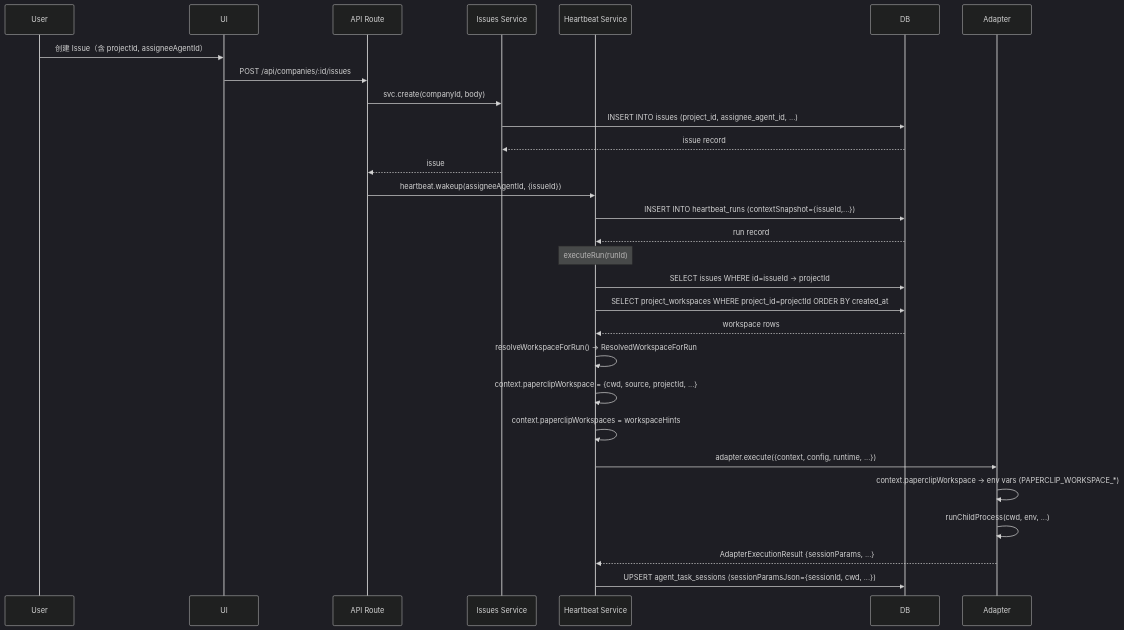
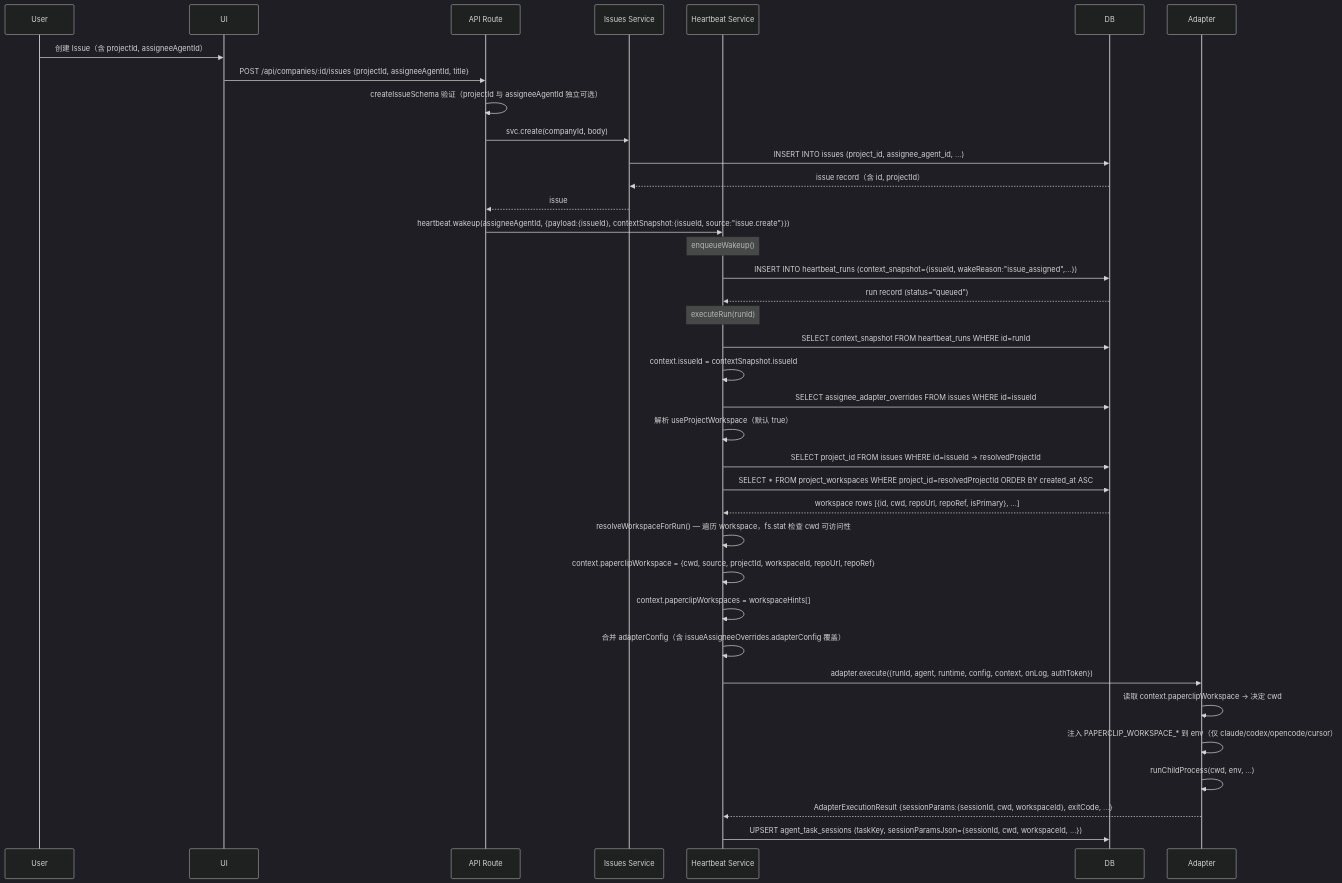
Before and after one commit to glide-the/paperclip: the first of 4 diagrams in doc/ASSIGNEE-PROJECT-ENV.md, drawn with Mermaid (dark theme). The commit also changed other lines of this file, not shown here.

Commit message:
doc: restructure ASSIGNEE-PROJECT-ENV.md to match required output format

````diff
--- a/doc/ASSIGNEE-PROJECT-ENV.md
+++ b/doc/ASSIGNEE-PROJECT-ENV.md
@@ -274,34 +180,44 @@
 ```mermaid
 sequenceDiagram
     participant User
     participant UI
     participant APIRoute as API Route
     participant IssueSvc as Issues Service
     participant HbSvc as Heartbeat Service
     participant DB
     participant Adapter
 
     User->>UI: 创建 Issue（含 projectId, assigneeAgentId）
-    UI->>APIRoute: POST /api/companies/:id/issues
+    UI->>APIRoute: POST /api/companies/:id/issues {projectId, assigneeAgentId, title}
+    APIRoute->>APIRoute: createIssueSchema 验证（projectId 与 assigneeAgentId 独立可选）
     APIRoute->>IssueSvc: svc.create(companyId, body)
     IssueSvc->>DB: INSERT INTO issues (project_id, assignee_agent_id, ...)
-    DB-->>IssueSvc: issue record
+    DB-->>IssueSvc: issue record（含 id, projectId）
     IssueSvc-->>APIRoute: issue
-    APIRoute->>HbSvc: heartbeat.wakeup(assigneeAgentId, {issueId})
-    HbSvc->>DB: INSERT INTO heartbeat_runs (contextSnapshot={issueId,...})
-    DB-->>HbSvc: run record
+    APIRoute->>HbSvc: heartbeat.wakeup(assigneeAgentId, {payload:{issueId}, contextSnapshot:{issueId, source:"issue.create"}})
+
+    Note over HbSvc: enqueueWakeup()
+
+    HbSvc->>DB: INSERT INTO heartbeat_runs (context_snapshot={issueId, wakeReason:"issue_assigned",...})
+    DB-->>HbSvc: run record (status="queued")
 
     Note over HbSvc: executeRun(runId)
 
-    HbSvc->>DB: SELECT issues WHERE id=issueId → projectId
-    HbSvc->>DB: SELECT project_workspaces WHERE project_id=projectId ORDER BY created_at
-    DB-->>HbSvc: workspace rows
-    HbSvc->>HbSvc: resolveWorkspaceForRun() → ResolvedWorkspaceForRun
-    HbSvc->>HbSvc: context.paperclipWorkspace = {cwd, source, projectId, ...}
-    HbSvc->>HbSvc: context.paperclipWorkspaces = workspaceHints
-    HbSvc->>Adapter: adapter.execute({context, config, runtime, ...})
-    Adapter->>Adapter: context.paperclipWorkspace → env vars (PAPERCLIP_WORKSPACE_*)
+    HbSvc->>DB: SELECT context_snapshot FROM heartbeat_runs WHERE id=runId
+    HbSvc->>HbSvc: context.issueId = contextSnapshot.issueId
+    HbSvc->>DB: SELECT assignee_adapter_overrides FROM issues WHERE id=issueId
+    HbSvc->>HbSvc: 解析 useProjectWorkspace（默认 true）
+    HbSvc->>DB: SELECT project_id FROM issues WHERE id=issueId → resolvedProjectId
+    HbSvc->>DB: SELECT * FROM project_workspaces WHERE project_id=resolvedProjectId ORDER BY created_at ASC
+    DB-->>HbSvc: workspace rows [{id, cwd, repoUrl, repoRef, isPrimary}, ...]
+    HbSvc->>HbSvc: resolveWorkspaceForRun() — 遍历 workspace，fs.stat 检查 cwd 可访问性
+    HbSvc->>HbSvc: context.paperclipWorkspace = {cwd, source, projectId, workspaceId, repoUrl, repoRef}
+    HbSvc->>HbSvc: context.paperclipWorkspaces = workspaceHints[]
+    HbSvc->>HbSvc: 合并 adapterConfig（含 issueAssigneeOverrides.adapterConfig 覆盖）
+    HbSvc->>Adapter: adapter.execute({runId, agent, runtime, config, context, onLog, authToken})
+    Adapter->>Adapter: 读取 context.paperclipWorkspace → 决定 cwd
+    Adapter->>Adapter: 注入 PAPERCLIP_WORKSPACE_* 到 env（仅 claude/codex/opencode/cursor）
     Adapter->>Adapter: runChildProcess(cwd, env, ...)
-    Adapter-->>HbSvc: AdapterExecutionResult {sessionParams, ...}
-    HbSvc->>DB: UPSERT agent_task_sessions (sessionParamsJson={sessionId, cwd, ...})
+    Adapter-->>HbSvc: AdapterExecutionResult {sessionParams:{sessionId, cwd, workspaceId}, exitCode, ...}
+    HbSvc->>DB: UPSERT agent_task_sessions (taskKey, sessionParamsJson={sessionId, cwd, workspaceId, ...})
 ```
````
